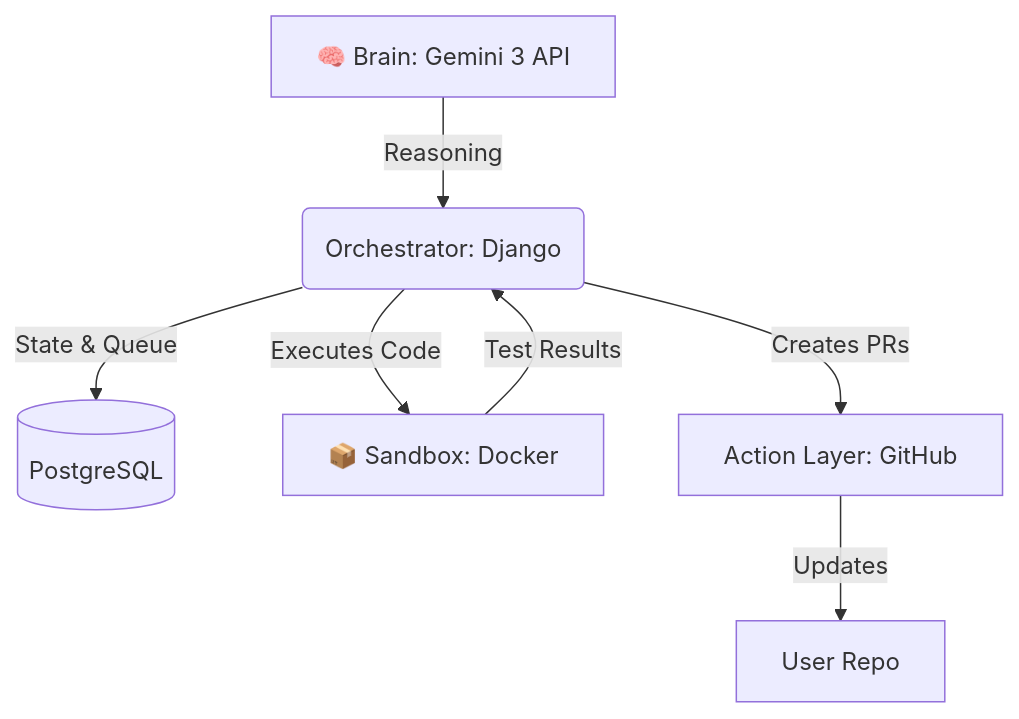
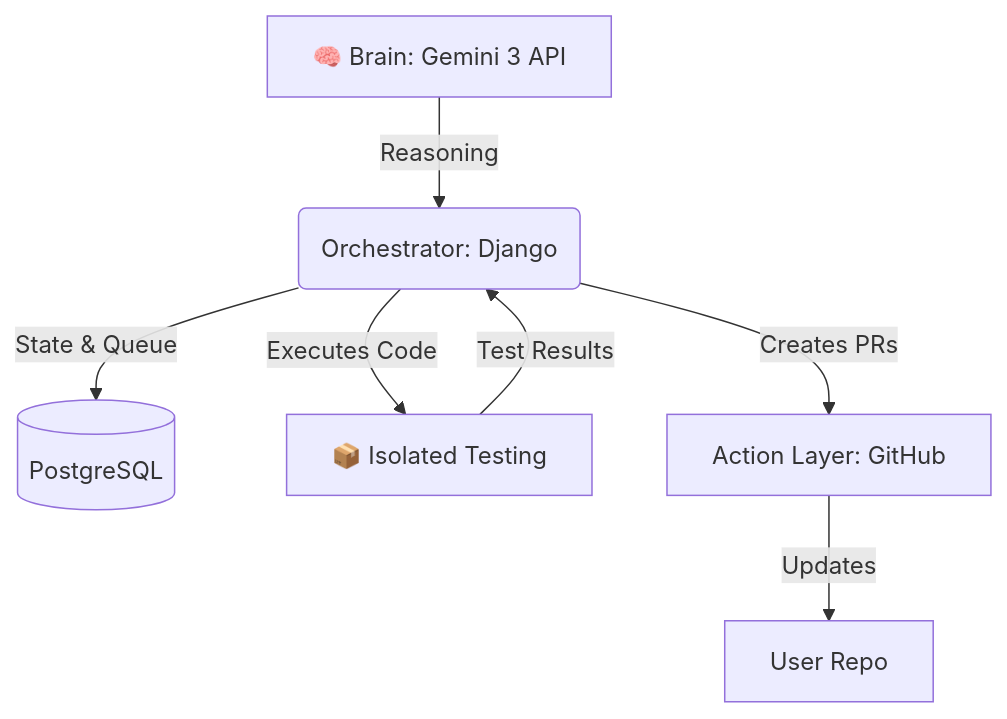
The diagram in README.md (EmmanuelOnyekachi21/Fixit-AI), drawn with Mermaid before and after one commit. The commit also changed other lines of this file and 24 other files, not shown here.

````diff
--- a/README.md
+++ b/README.md
@@ -55,9 +62,9 @@
 ```mermaid
 graph TD
     A[🧠 Brain: Gemini 3 API] -->|Reasoning| B(Orchestrator: Django);
     B -->|State & Queue| C[(PostgreSQL)];
-    B -->|Executes Code| D[📦 Sandbox: Docker];
+    B -->|Executes Code| D[📦 Isolated Testing];
     B -->|Creates PRs| E[Action Layer: GitHub];
     D -->|Test Results| B;
     E -->|Updates| F[User Repo];
 ```
````
